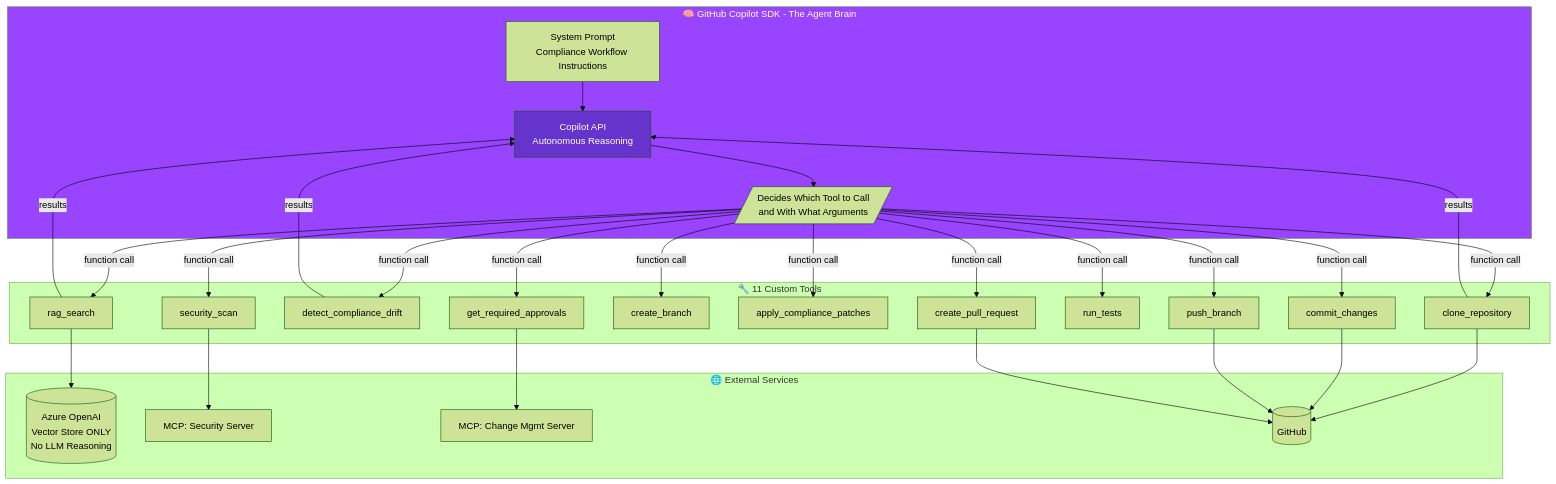
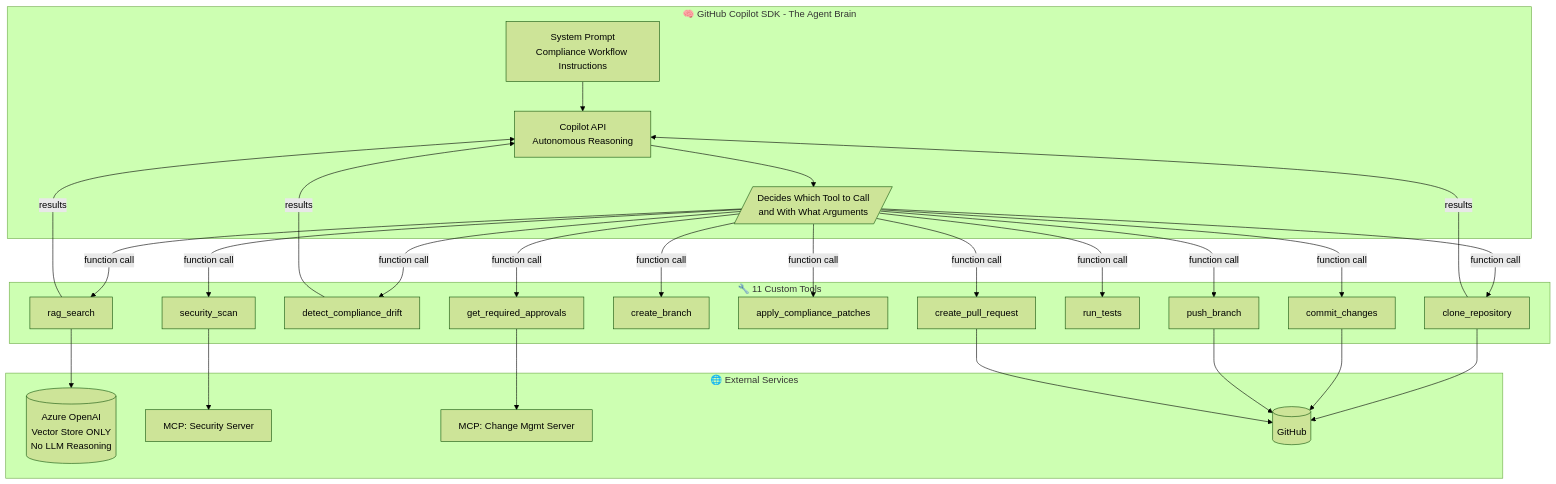
One commit to MSFT-Innovation-Hub-India/GHCP-CLI-SDK-PR-AUTOMATION changed the first of 4 diagrams in docs/ARCHITECTURE_FLOW.md. Above: the diagram before and after it, drawn with Mermaid (forest theme).

Commit message:
Remove purple styling from mermaid diagram

````diff
--- a/docs/ARCHITECTURE_FLOW.md
+++ b/docs/ARCHITECTURE_FLOW.md
@@ -19,45 +19,42 @@
 ```mermaid
 flowchart TB
     subgraph AgentBrain["🧠 GitHub Copilot SDK - The Agent Brain"]
         LLM[Copilot API<br/>Autonomous Reasoning]
         PROMPT[System Prompt<br/>Compliance Workflow Instructions]
         DECIDE[/"Decides Which Tool to Call<br/>and With What Arguments"/]
     end
 
     subgraph CustomTools["🔧 11 Custom Tools"]
         T1[rag_search]
         T2[clone_repository]
         T3[detect_compliance_drift]
         T4[security_scan]
         T5[create_branch]
         T6[apply_compliance_patches]
         T7[get_required_approvals]
         T8[run_tests]
         T9[commit_changes]
         T10[push_branch]
         T11[create_pull_request]
     end
 
     subgraph External["🌐 External Services"]
         AOAI[(Azure OpenAI<br/>Vector Store ONLY<br/>No LLM Reasoning)]
         MCP_SEC[MCP: Security Server]
         MCP_CM[MCP: Change Mgmt Server]
         GH[(GitHub)]
     end
 
     LLM --> DECIDE
     PROMPT --> LLM
     DECIDE -->|function call| T1 & T2 & T3 & T4 & T5 & T6 & T7 & T8 & T9 & T10 & T11
     
     T1 -->|results| LLM
     T2 -->|results| LLM
     T3 -->|results| LLM
     
     T1 --> AOAI
     T4 --> MCP_SEC
     T7 --> MCP_CM
     T2 & T9 & T10 & T11 --> GH
-
-    style AgentBrain fill:#9944ff,color:white
-    style LLM fill:#6633cc,color:white
 ```
````
